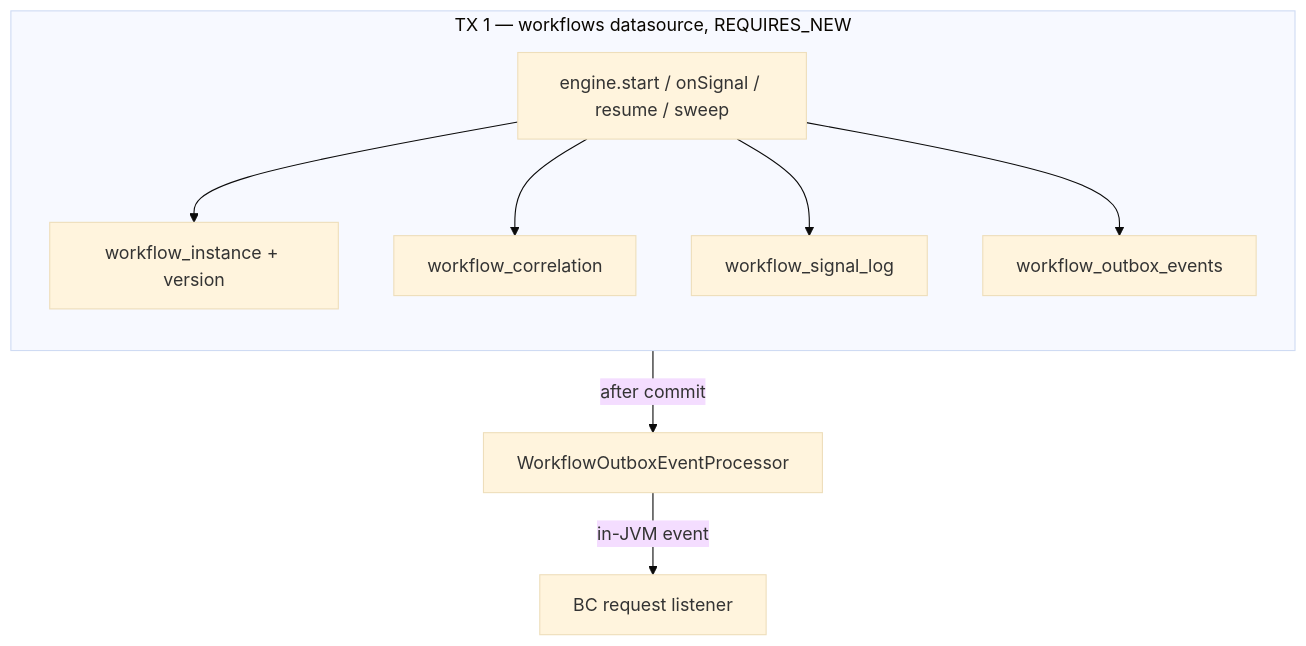
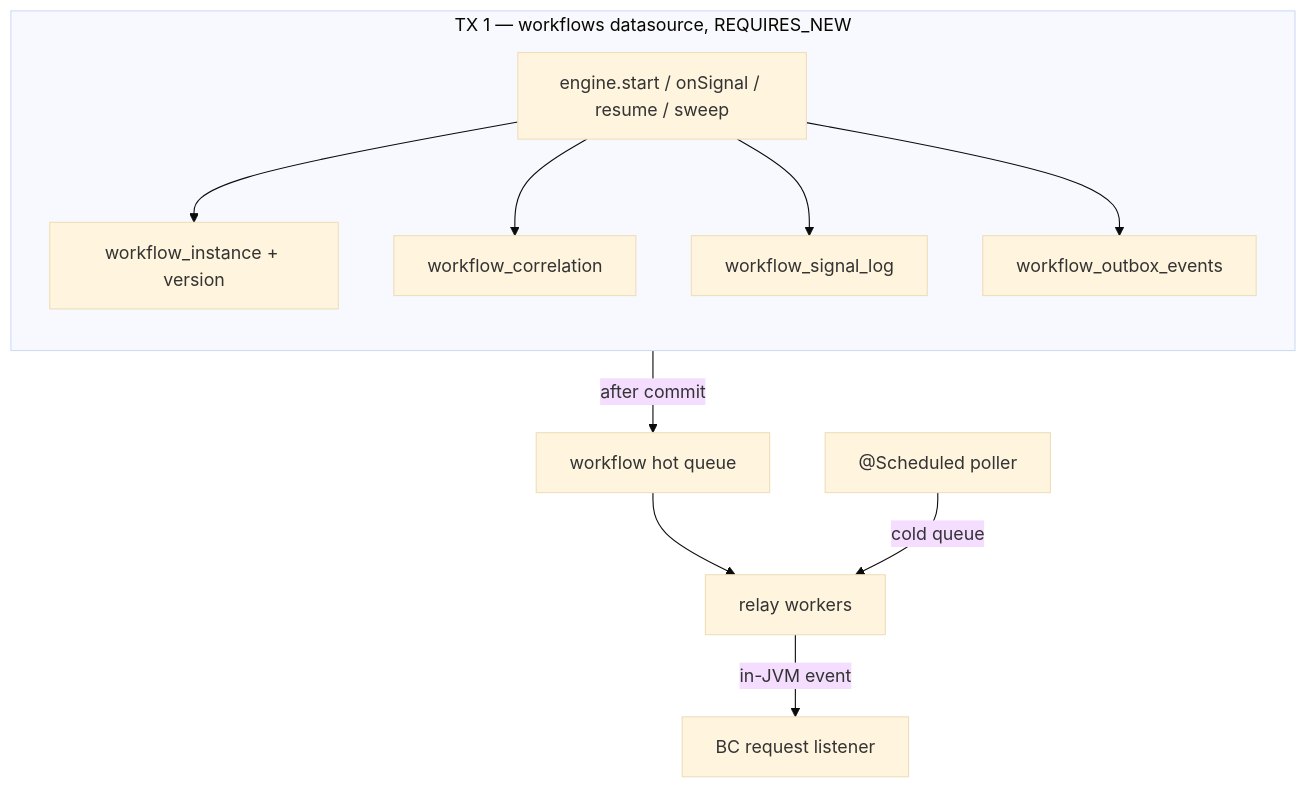
One commit to khinemyaezin/grab changed the sixth of 9 diagrams in docs/system/ADR_007-Workflow_framework_internal_design.md. Above: the diagram before and after it, drawn with Mermaid (base theme). The commit also changed other lines of this file and 41 other files, not shown here.

Commit message:
feat: implement outbox hot queue with relay support for improved event processing

````diff
--- a/docs/system/ADR_007-Workflow_framework_internal_design.md
+++ b/docs/system/ADR_007-Workflow_framework_internal_design.md
@@ -380,17 +380,19 @@
 ```mermaid
 flowchart TB
     subgraph Tx1["TX 1 — workflows datasource, REQUIRES_NEW"]
         direction TB
         Call["engine.start / onSignal / resume / sweep"]
         Inst["workflow_instance + version"]
         Corr["workflow_correlation"]
         Dedup["workflow_signal_log"]
         WOut["workflow_outbox_events"]
         Call --> Inst
         Call --> Corr
         Call --> Dedup
         Call --> WOut
     end
-    Tx1 -->|"after commit"| Processor["WorkflowOutboxEventProcessor"]
-    Processor -->|"in-JVM event"| Listener["BC request listener"]
+    Tx1 -->|"after commit"| Hot["workflow hot queue"]
+    Hot --> Workers["relay workers"]
+    Workers -->|"in-JVM event"| Listener["BC request listener"]
+    Poller["@Scheduled poller"] -->|"cold queue"| Workers
 ```
````
